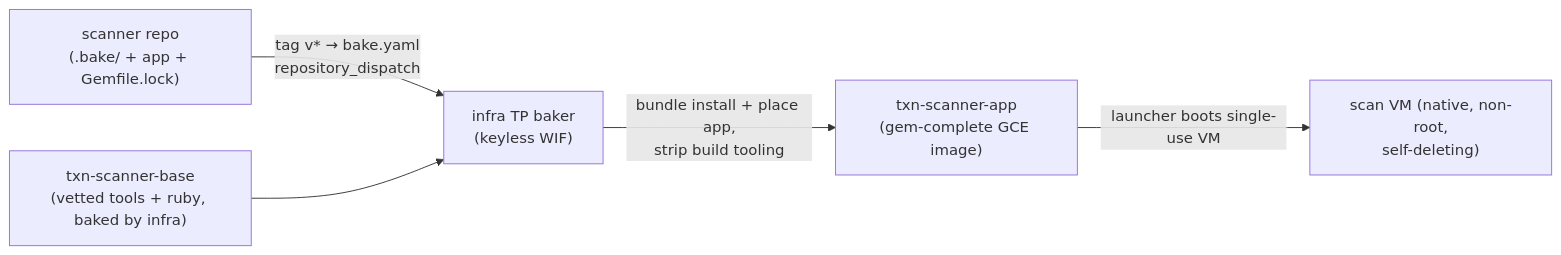
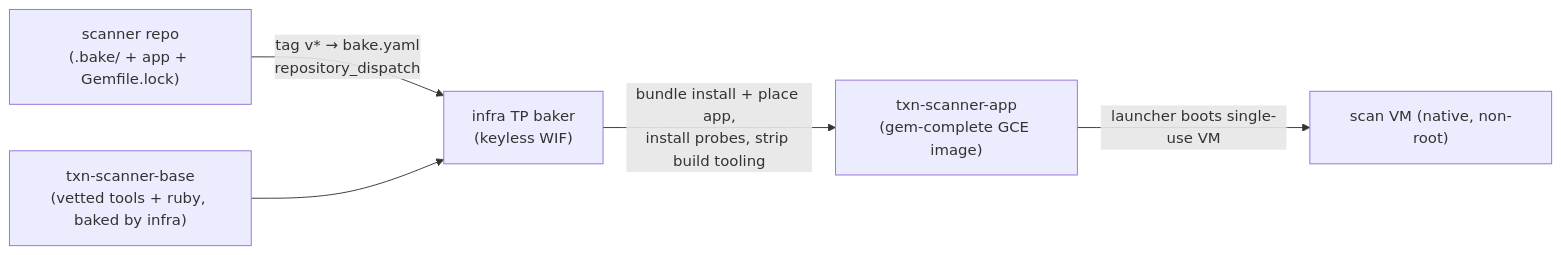
The ninth of 11 diagrams in docs/ARCHITECTURE.md (Peregrine-Technology-Systems/peregrine-penetrator-scanner), drawn with Mermaid before and after one commit. The commit also changed other lines of this file and 8 other files, not shown here.

First line of the commit message:
fix: dead NotificationService call crashed non-smoke scans; refresh architecture docs (#1077, #1076)

````diff
--- a/docs/ARCHITECTURE.md
+++ b/docs/ARCHITECTURE.md
@@ -627,7 +325,7 @@
 ```mermaid
 flowchart LR
     SRC["scanner repo<br/>(.bake/ + app + Gemfile.lock)"] -->|"tag v* → bake.yaml<br/>repository_dispatch"| BAKER["infra TP baker<br/>(keyless WIF)"]
     BASE["txn-scanner-base<br/>(vetted tools + ruby, baked by infra)"] --> BAKER
-    BAKER -->|"bundle install + place app,<br/>strip build tooling"| APP["txn-scanner-app<br/>(gem-complete GCE image)"]
-    APP -->|"launcher boots single-use VM"| VM["scan VM (native, non-root,<br/>self-deleting)"]
+    BAKER -->|"bundle install + place app,<br/>install probes, strip build tooling"| APP["txn-scanner-app<br/>(gem-complete GCE image)"]
+    APP -->|"launcher boots single-use VM"| VM["scan VM (native, non-root)"]
 ```
````
